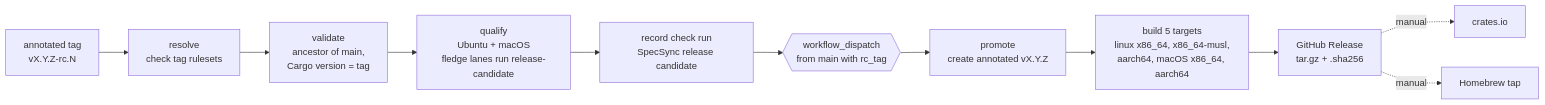
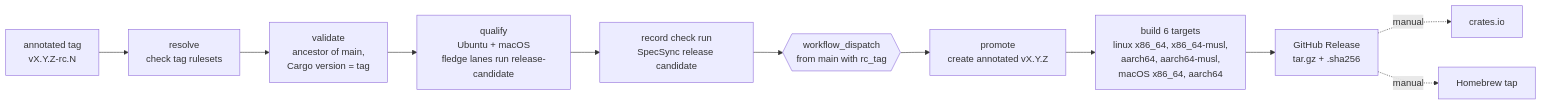
One commit to CorvidLabs/spec-sync changed the tenth of 10 diagrams in docs/HLD.md. Above: the diagram before and after it, drawn with Mermaid. The commit also changed 14 other files, not shown here.

First line of the commit message:
Fix: start the Linux release downloads on glibc 2.35 and add an ARM64 musl fallback (#882)

````diff
--- a/docs/HLD.md
+++ b/docs/HLD.md
@@ -695,13 +695,13 @@
 ```mermaid
 flowchart LR
     rc[annotated tag<br/>vX.Y.Z-rc.N] --> resolve[resolve<br/>check tag rulesets]
     resolve --> validate[validate<br/>ancestor of main,<br/>Cargo version = tag]
     validate --> qualify[qualify<br/>Ubuntu + macOS<br/>fledge lanes run release-candidate]
     qualify --> record[record check run<br/>SpecSync release candidate]
     record --> dispatch{{workflow_dispatch<br/>from main with rc_tag}}
     dispatch --> promote[promote<br/>create annotated vX.Y.Z]
-    promote --> build[build 5 targets<br/>linux x86_64, x86_64-musl,<br/>aarch64, macOS x86_64, aarch64]
+    promote --> build[build 6 targets<br/>linux x86_64, x86_64-musl,<br/>aarch64, aarch64-musl,<br/>macOS x86_64, aarch64]
     build --> release[GitHub Release<br/>tar.gz + .sha256]
     release -.->|manual| crates[crates.io]
     release -.->|manual| brew[Homebrew tap]
 ```
````
